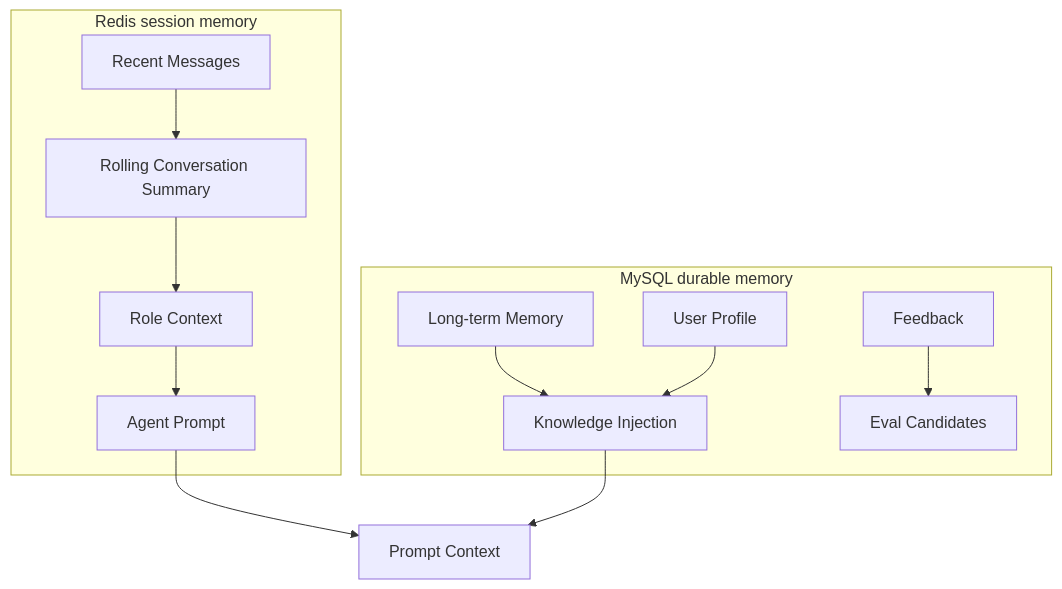
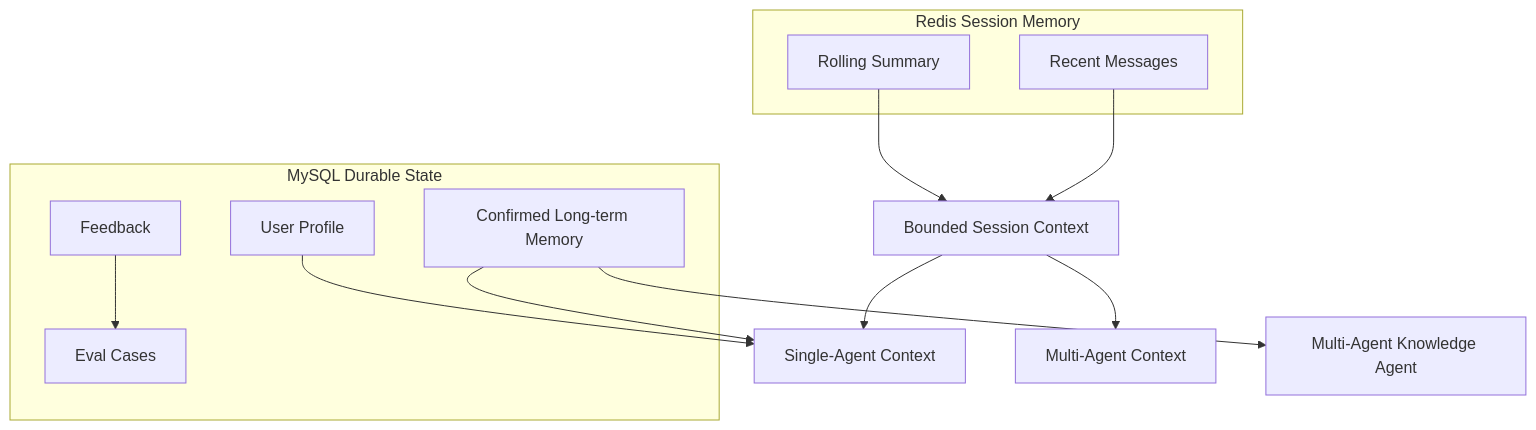
One commit to jiawei-wang-dev/WatchOps-Lite changed the sixth of 9 diagrams in README.md. Above: the diagram before and after it, drawn with Mermaid. The commit also changed other lines of this file and 1 other file, not shown here.

````diff
--- a/README.md
+++ b/README.md
@@ -220,17 +329,26 @@
 ```mermaid
 flowchart TB
-    subgraph RedisMemory["Redis session memory"]
-        R1["Recent Messages"] --> R2["Rolling Conversation Summary"]
-        R2 --> R3["Role Context"]
-        R3 --> R4["Agent Prompt"]
+    subgraph RedisMemory["Redis Session Memory"]
+        RM["Recent Messages"]
+        RS["Rolling Summary"]
     end
 
-    subgraph MySQLMemory["MySQL durable memory"]
-        M1["Long-term Memory"] --> M2["Knowledge Injection"]
-        M3["Feedback"] --> M4["Eval Candidates"]
-        M5["User Profile"] --> M2
+    subgraph MySQLState["MySQL Durable State"]
+        LM["Confirmed Long-term Memory"]
+        PF["User Profile"]
+        FB["Feedback"]
+        EV["Eval Cases"]
     end
 
-    R4 --> P["Prompt Context"]
-    M2 --> P
+    RM --> SC["Bounded Session Context"]
+    RS --> SC
+
+    SC --> SA["Single-Agent Context"]
+    LM --> SA
+    PF --> SA
+
+    SC --> MA["Multi-Agent Context"]
+    LM --> KA["Multi-Agent Knowledge Agent"]
+
+    FB --> EV
 ```
````
